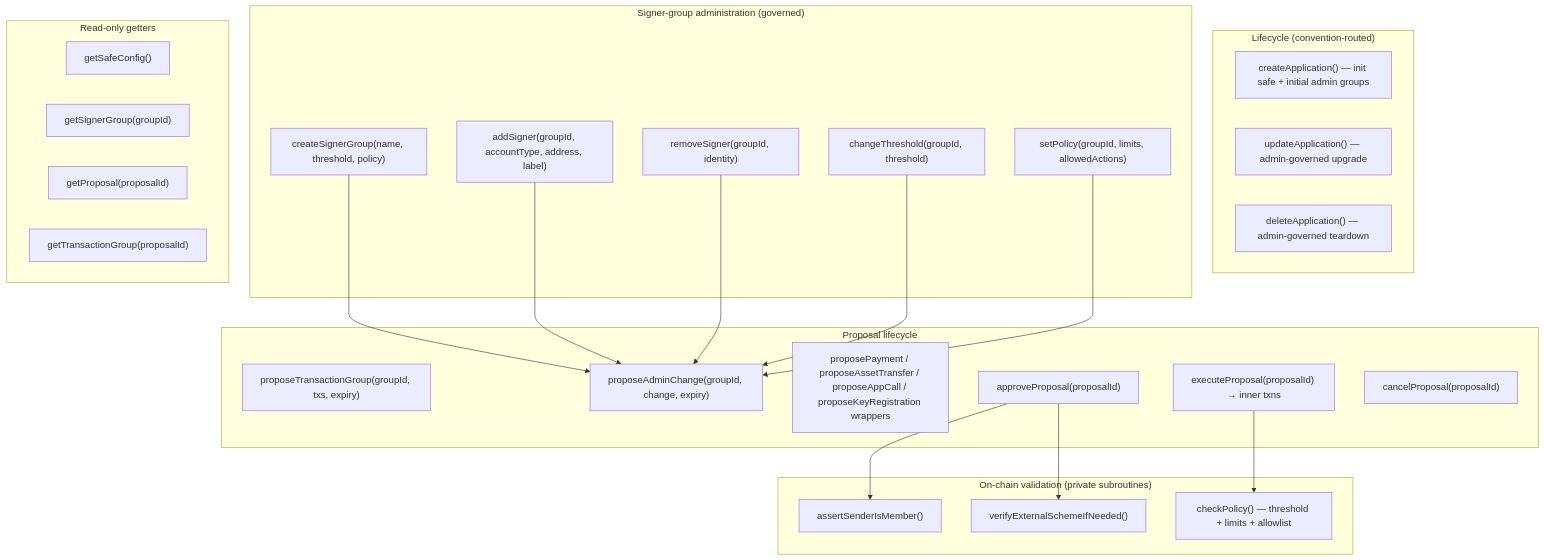
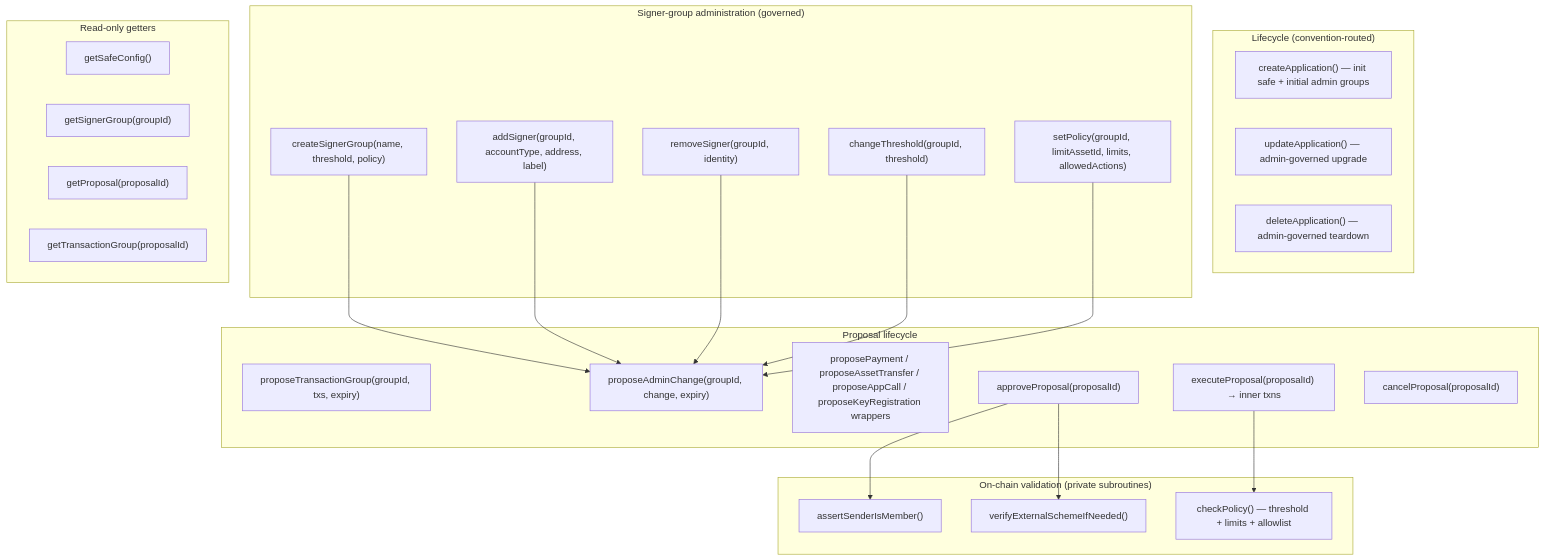
One commit to ludovit-scholtz/algo-safe changed the sixth of 8 diagrams in PRODUCT-DESCRIPTION.md. Above: the diagram before and after it, drawn with Mermaid. The commit also changed other lines of this file and 10 other files, not shown here.

````diff
--- a/PRODUCT-DESCRIPTION.md
+++ b/PRODUCT-DESCRIPTION.md
@@ -519,47 +520,47 @@
 ```mermaid
 flowchart TB
     subgraph Lifecycle["Lifecycle (convention-routed)"]
         C1["createApplication() — init safe + initial admin groups"]
         C2["updateApplication() — admin-governed upgrade"]
         C3["deleteApplication() — admin-governed teardown"]
     end
 
     subgraph Admin["Signer-group administration (governed)"]
         A1["createSignerGroup(name, threshold, policy)"]
         A2["addSigner(groupId, accountType, address, label)"]
         A3["removeSigner(groupId, identity)"]
         A4["changeThreshold(groupId, threshold)"]
-        A5["setPolicy(groupId, limits, allowedActions)"]
+        A5["setPolicy(groupId, limitAssetId, limits, allowedActions)"]
     end
 
     subgraph Proposals["Proposal lifecycle"]
         P1["proposeTransactionGroup(groupId, txs, expiry)"]
         P1A["proposeAdminChange(groupId, change, expiry)"]
         P1B["proposePayment / proposeAssetTransfer / proposeAppCall / proposeKeyRegistration wrappers"]
         P2["approveProposal(proposalId)"]
         P3["executeProposal(proposalId) → inner txns"]
         P4["cancelProposal(proposalId)"]
     end
 
     subgraph Verify["On-chain validation (private subroutines)"]
         V1["assertSenderIsMember()"]
         V2["verifyExternalSchemeIfNeeded()"]
         V3["checkPolicy() — threshold + limits + allowlist"]
     end
 
     subgraph Reads["Read-only getters"]
         R1["getSafeConfig()"]
         R2["getSignerGroup(groupId)"]
         R3["getProposal(proposalId)"]
         R4["getTransactionGroup(proposalId)"]
     end
 
     P2 --> V1
     P2 --> V2
     P3 --> V3
     A1 --> P1A
     A2 --> P1A
     A3 --> P1A
     A4 --> P1A
     A5 --> P1A
 ```
````
